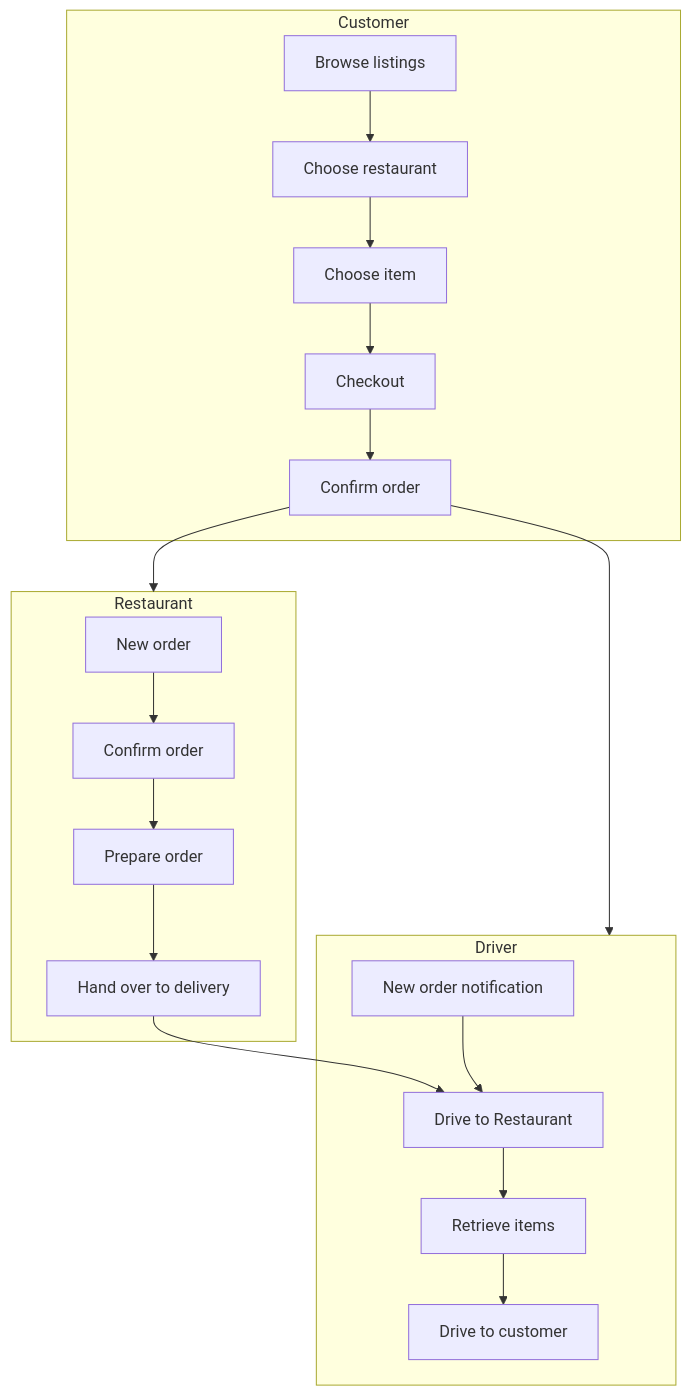
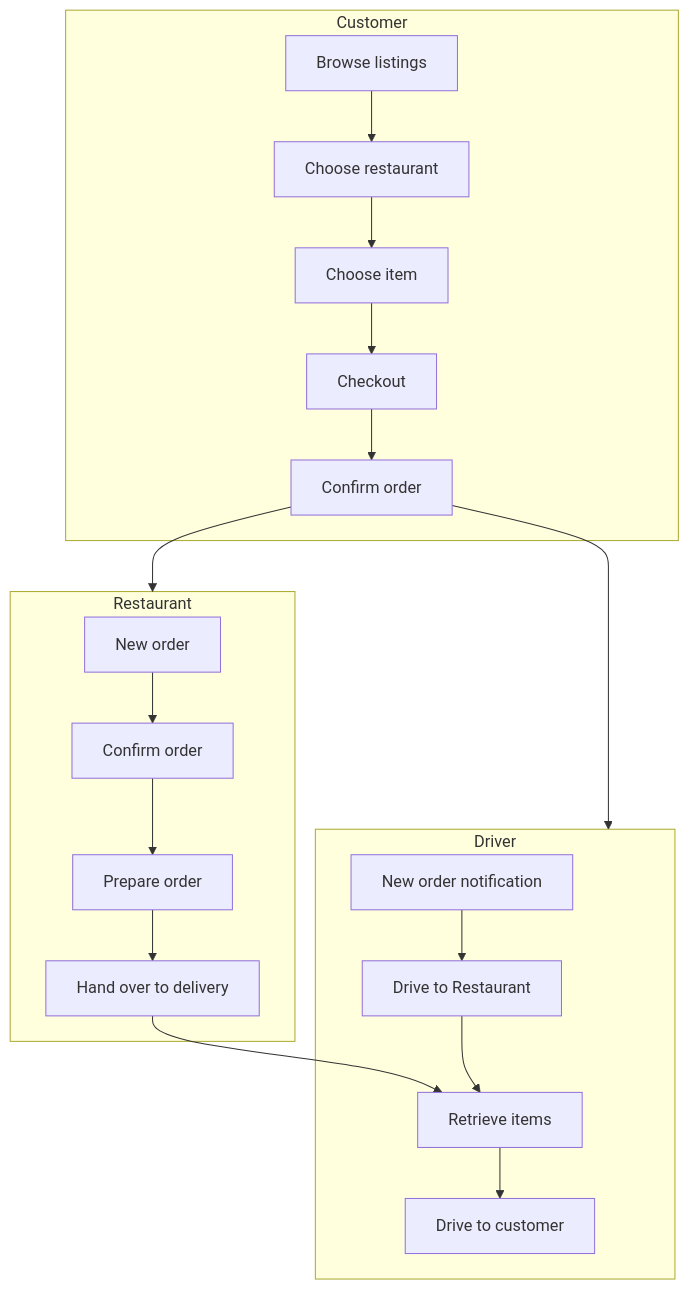
One commit to martin-juul/snatch changed the second of 3 diagrams in packages/app/docs/src/overview/README.md. Above: the diagram before and after it, drawn with Mermaid. The commit also changed other lines of this file, not shown here.

Commit message:
fix(docs): fixed clowchart docs: added Gantt chart showing timeline

````diff
--- a/packages/app/docs/src/overview/README.md
+++ b/packages/app/docs/src/overview/README.md
@@ -42,25 +42,25 @@
 ```mermaid
 flowchart TD
     subgraph Customer
     A1[Browse listings] -->B1[Choose restaurant]
         B1 -->C1[Choose item]
         C1 -->D1[Checkout]
         D1 -->E1[Confirm order]
     end
 
     E1 -->Restaurant
     E1 -->Driver
 
     subgraph Restaurant
         A2[New order] -->B2[Confirm order]
         B2 -->C2[Prepare order]
         C2 -->D2[Hand over to delivery]
     end
-    D2 -->B3
+    D2 -->C3
 
     subgraph Driver
         A3[New order notification] -->B3[Drive to Restaurant]
         B3 -->C3[Retrieve items]
         C3 -->D3[Drive to customer]
     end
 ```
````
